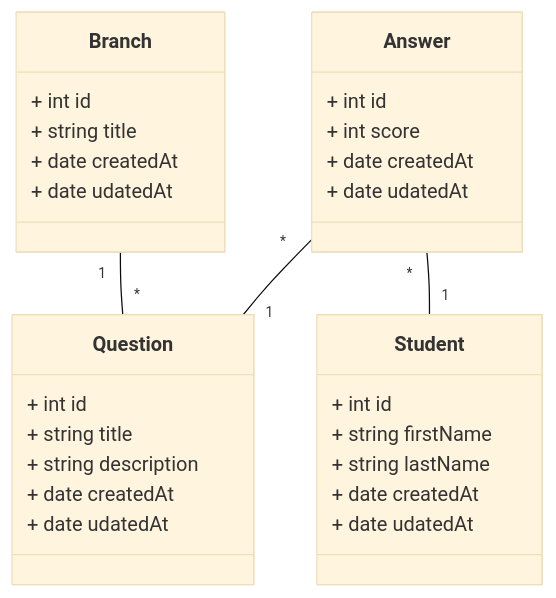
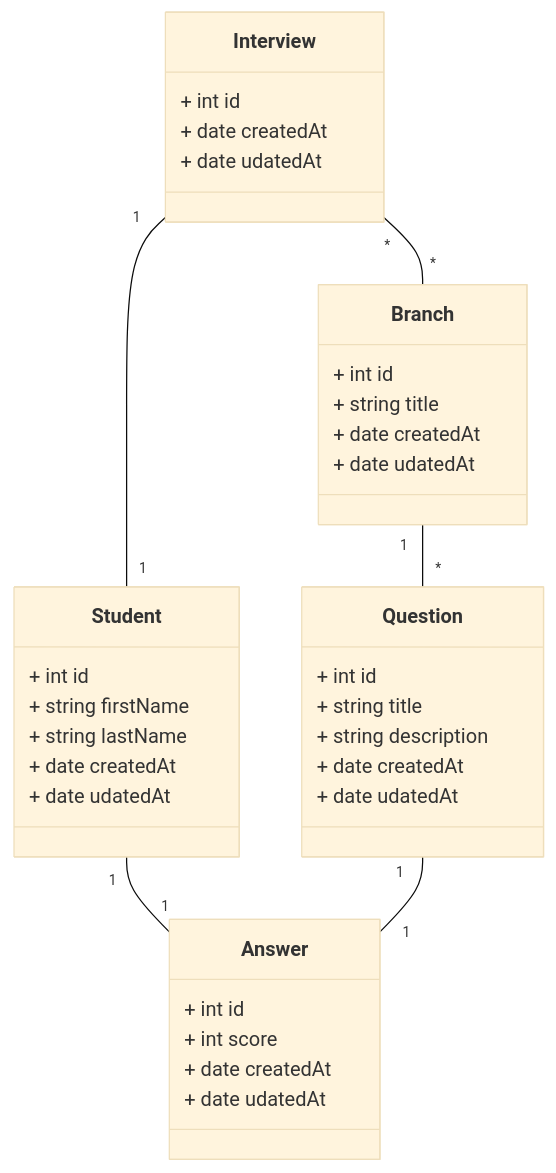
Before and after one commit to Suirita/14.UI_UX: the diagram in Diagramme_de_class/Diagramme_de_class.mmd, drawn with Mermaid (base theme). The commit also changed 19 other files, not shown here.

```diff
--- a/Diagramme_de_class/Diagramme_de_class.mmd
+++ b/Diagramme_de_class/Diagramme_de_class.mmd
@@ -1,34 +1,41 @@
 classDiagram
+  class Interview{
+    + int id
+    + date createdAt
+    + date udatedAt
+  }
+
   class Branch {
     + int id
     + string title
     + date createdAt
     + date udatedAt
   }
 
   class Question {
     + int id
     + string title
     + string description
     + date createdAt
     + date udatedAt
   }
 
   class Student {
     + int id
     + string firstName
     + string lastName
     + date createdAt
     + date udatedAt
   }
 
   class Answer {
     + int id
     + int score
     + date createdAt
     + date udatedAt
   }
-
+  Interview "1" -- "1" Student
+  Student "1" -- "1" Answer
+  Interview "*" -- "*" Branch
   Branch "1" -- "*" Question
-  Answer "*" -- "1" Question
-  Answer "*" -- "1" Student
+  Question "1" -- "1" Answer
```
